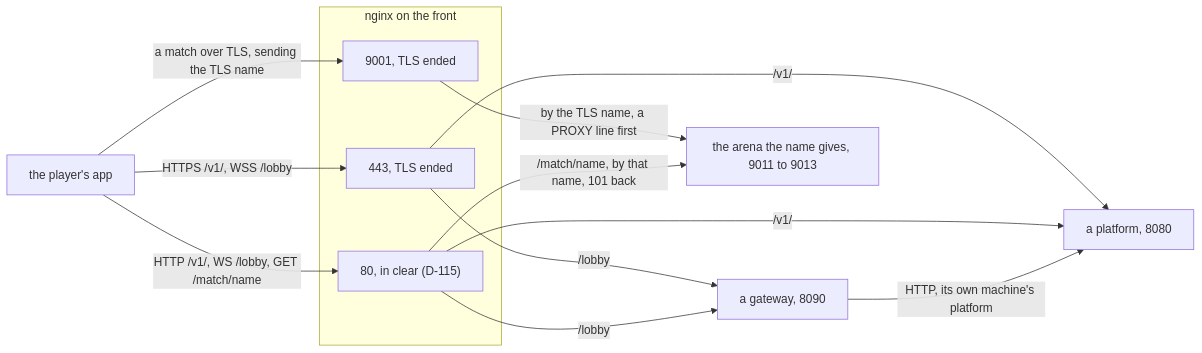
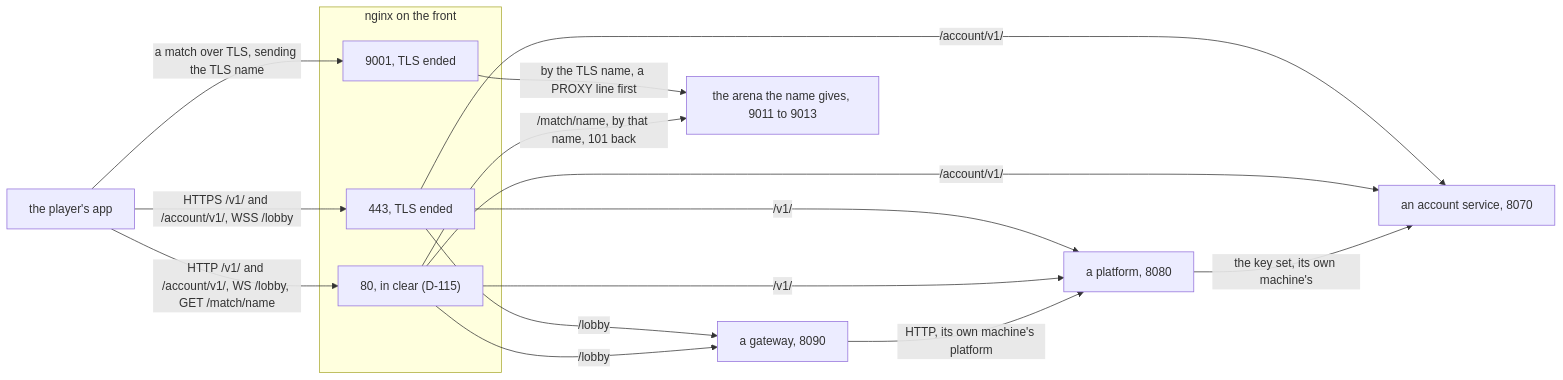
One commit to greensoft-atom/depio-simulation-platform changed the diagram in docs/architecture/01-system-topology.md. Above: the diagram before and after it, drawn with Mermaid. The commit also changed other lines of this file and 21 other files, not shown here.

First line of the commit message:
docs: the account service on every page that names the processes, the ports or the routes; item 142 (g), D-117, done

````diff
--- a/docs/architecture/01-system-topology.md
+++ b/docs/architecture/01-system-topology.md
@@ -71,22 +80,26 @@
 ```mermaid
 flowchart LR
     app["the player's app"]
     subgraph front["nginx on the front"]
         p443["443, TLS ended"]
         p9001["9001, TLS ended"]
         p80["80, in clear (D-115)"]
     end
     platform["a platform, 8080"]
+    account["an account service, 8070"]
     gateway["a gateway, 8090"]
     arena["the arena the name gives, 9011 to 9013"]
-    app -->|"HTTPS /v1/, WSS /lobby"| p443
+    app -->|"HTTPS /v1/ and /account/v1/, WSS /lobby"| p443
     app -->|"a match over TLS, sending the TLS name"| p9001
-    app -->|"HTTP /v1/, WS /lobby, GET /match/name"| p80
+    app -->|"HTTP /v1/ and /account/v1/, WS /lobby, GET /match/name"| p80
     p443 -->|"/v1/"| platform
+    p443 -->|"/account/v1/"| account
     p443 -->|"/lobby"| gateway
     p80 -->|"/v1/"| platform
+    p80 -->|"/account/v1/"| account
+    platform -->|"the key set, its own machine's"| account
     p80 -->|"/lobby"| gateway
     gateway -->|"HTTP, its own machine's platform"| platform
     p9001 -->|"by the TLS name, a PROXY line first"| arena
     p80 -->|"/match/name, by that name, 101 back"| arena
 ```
````
